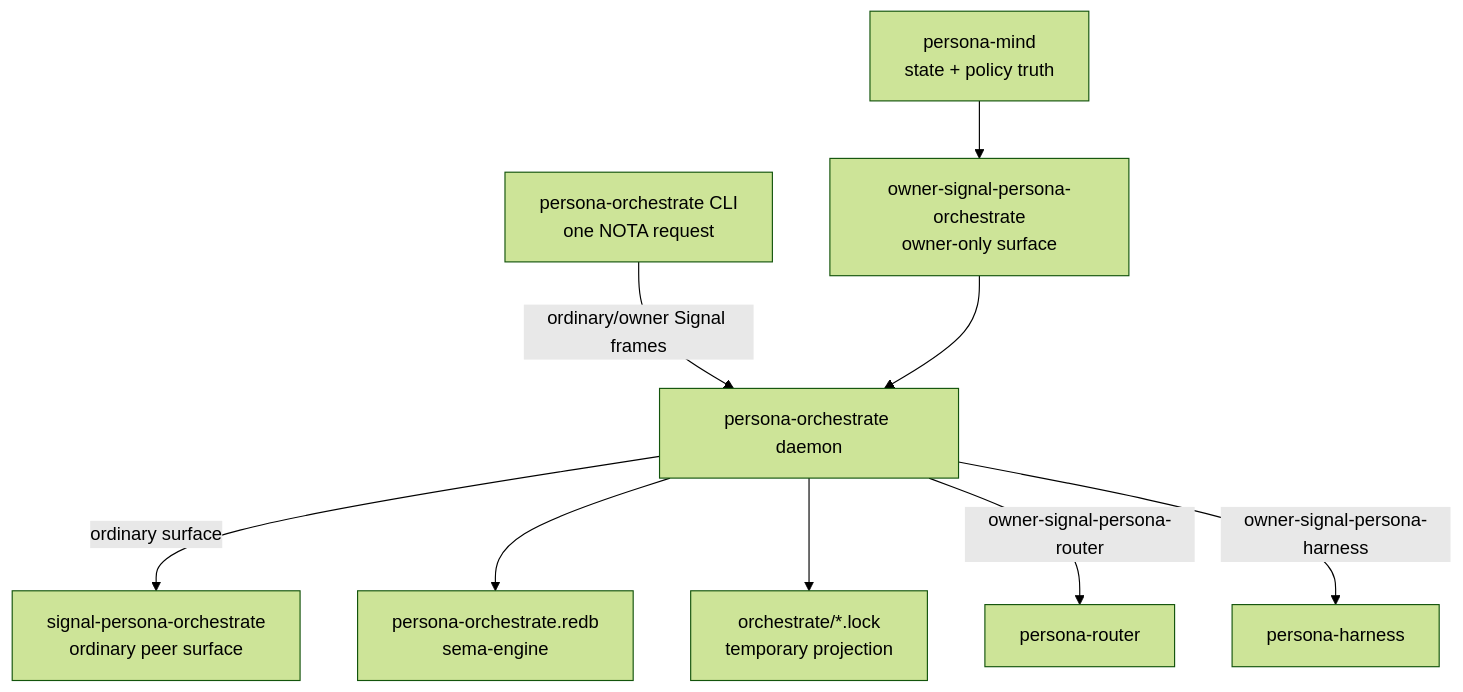
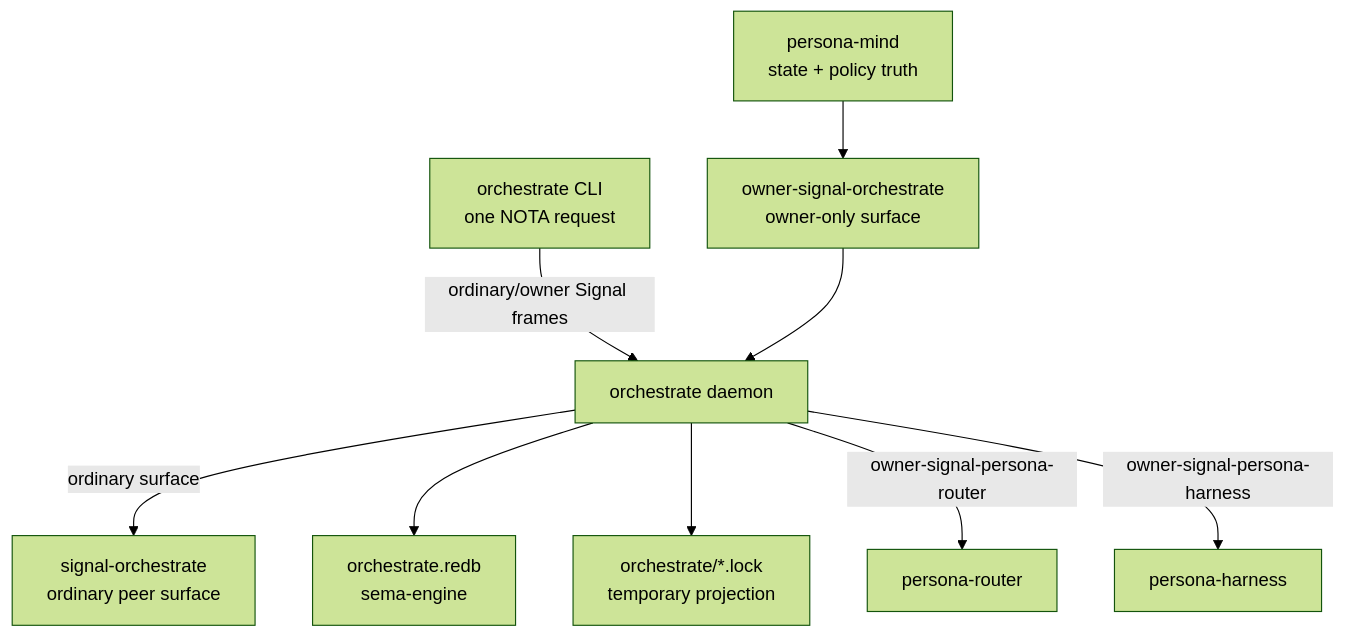
The diagram in ARCHITECTURE.md (LiGoldragon/orchestrate), drawn with Mermaid (forest theme) before and after one commit. The commit also changed other lines of this file and 30 other files, not shown here.

Commit message:
orchestrate: rename from persona-orchestrate

````diff
--- a/ARCHITECTURE.md
+++ b/ARCHITECTURE.md
@@ -57,21 +57,21 @@
 ```mermaid
 flowchart TB
     mind["persona-mind<br/>state + policy truth"]
-    cli["persona-orchestrate CLI<br/>one NOTA request"]
-    daemon["persona-orchestrate daemon"]
-    ordinary["signal-persona-orchestrate<br/>ordinary peer surface"]
-    owner["owner-signal-persona-orchestrate<br/>owner-only surface"]
-    store["persona-orchestrate.redb<br/>sema-engine"]
+    cli["orchestrate CLI<br/>one NOTA request"]
+    daemon["orchestrate daemon"]
+    ordinary["signal-orchestrate<br/>ordinary peer surface"]
+    owner["owner-signal-orchestrate<br/>owner-only surface"]
+    store["orchestrate.redb<br/>sema-engine"]
     router["persona-router"]
     harness["persona-harness"]
     locks["orchestrate/*.lock<br/>temporary projection"]
 
     cli -- "ordinary/owner Signal frames" --> daemon
     daemon -- "ordinary surface" --> ordinary
     mind --> owner
     owner --> daemon
     daemon --> store
     daemon --> locks
     daemon -- "owner-signal-persona-router" --> router
     daemon -- "owner-signal-persona-harness" --> harness
 ```
````
